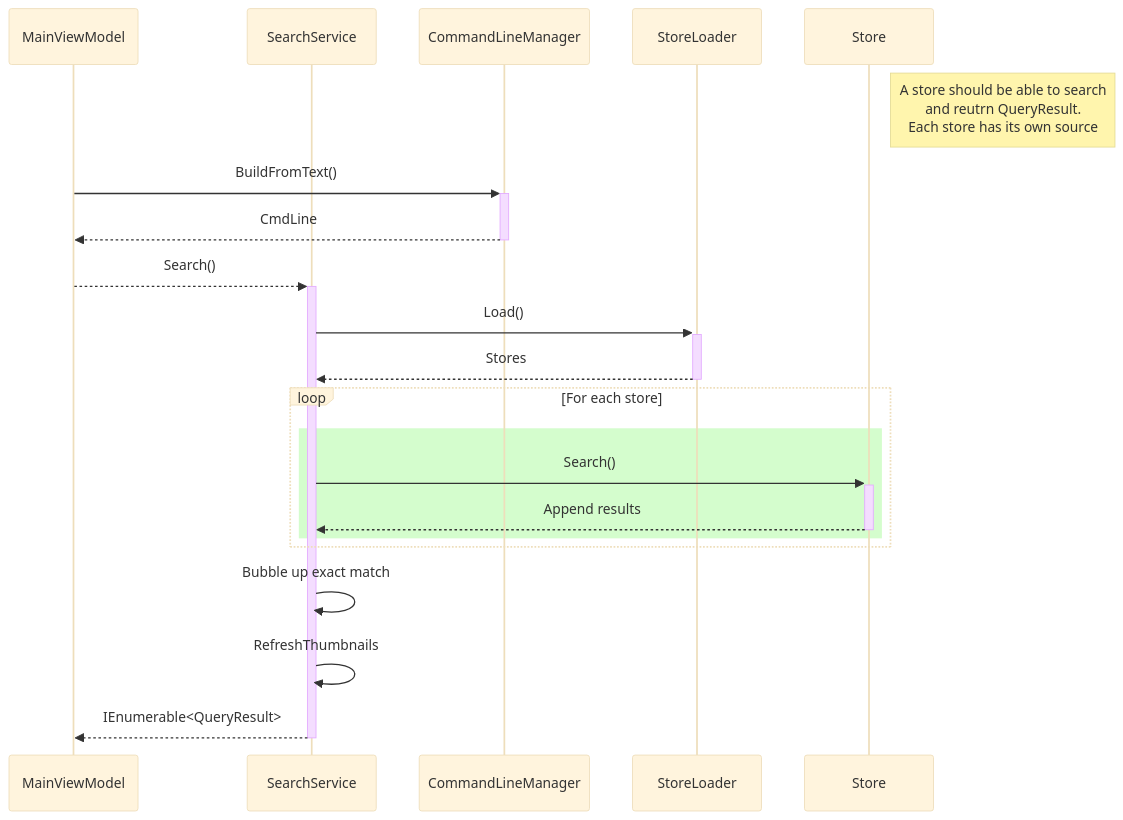
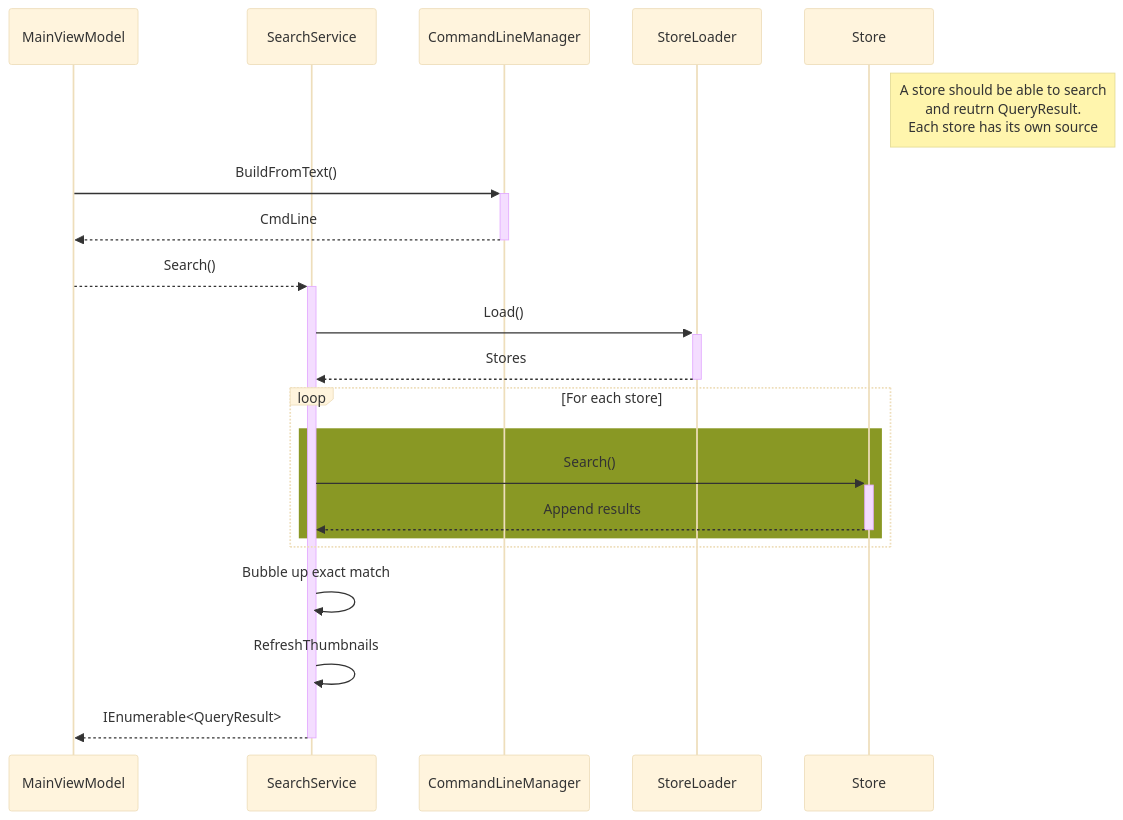
Before and after one commit to jibedoubleve/lanceur-bis: the second of 2 diagrams in doc/SequenceDiagrams.md, drawn with Mermaid (base theme). The commit also changed other lines of this file, not shown here.

Commit message:
(#202) Update colour of UML schemas

````diff
--- a/doc/SequenceDiagrams.md
+++ b/doc/SequenceDiagrams.md
@@ -58,26 +58,26 @@
 ```mermaid
 sequenceDiagram
 
 participant vm   as MainViewModel
 participant src  as SearchService
 participant clm  as CommandLineManager
 participant sld  as StoreLoader
 participant str  as Store
 
 note right of str: A store should be able to search<br>and reutrn QueryResult.<br>Each store has its own source
 vm ->> +clm : BuildFromText()
 clm -->> -vm: CmdLine
 vm -->> +src: Search()
 src ->> +sld: Load()
 sld -->> -src: Stores
 
 loop For each store
-rect rgb(212, 253, 205	)
+rect rgb(137, 152, 36)
     src ->> +str: Search()
     str -->> -src: Append results
 end
 end
 src ->> src: Bubble up exact match
 src ->> src: RefreshThumbnails
 src -->> -vm: IEnumerable<QueryResult>
 ```
````
